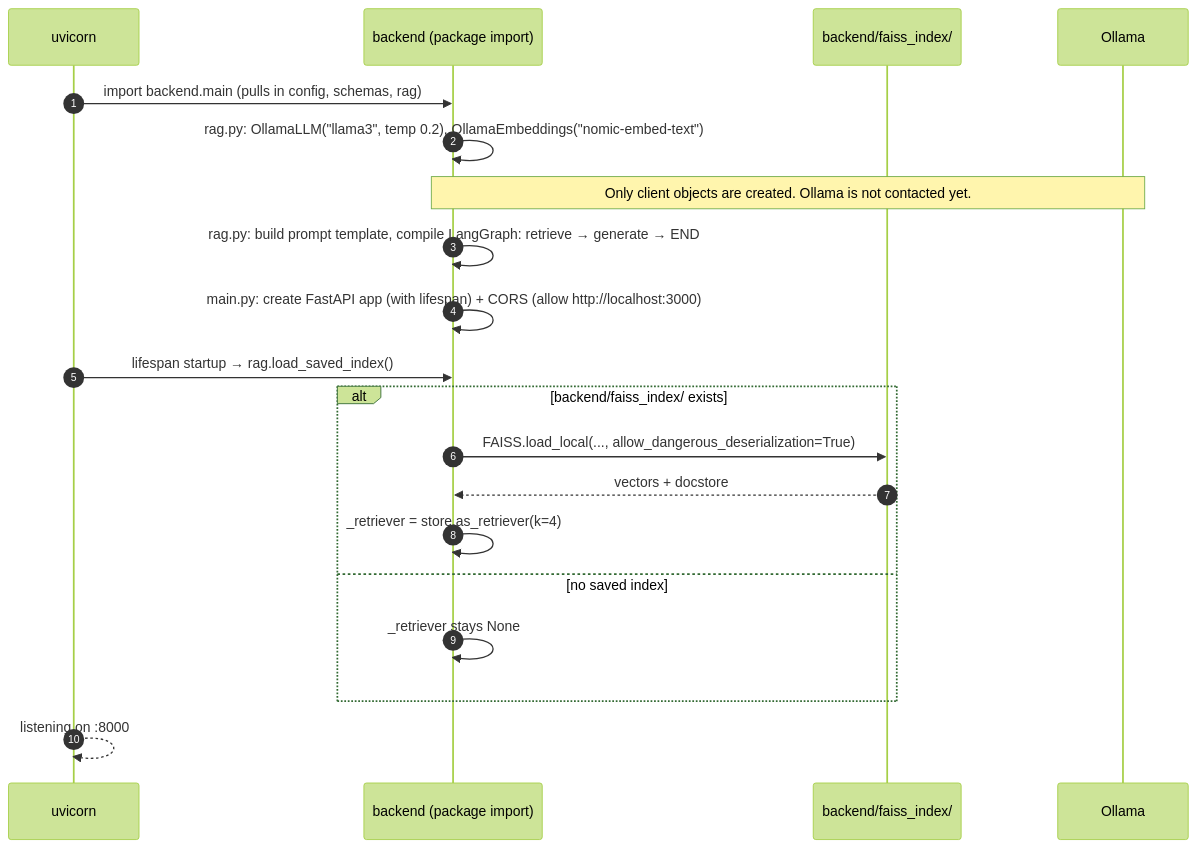
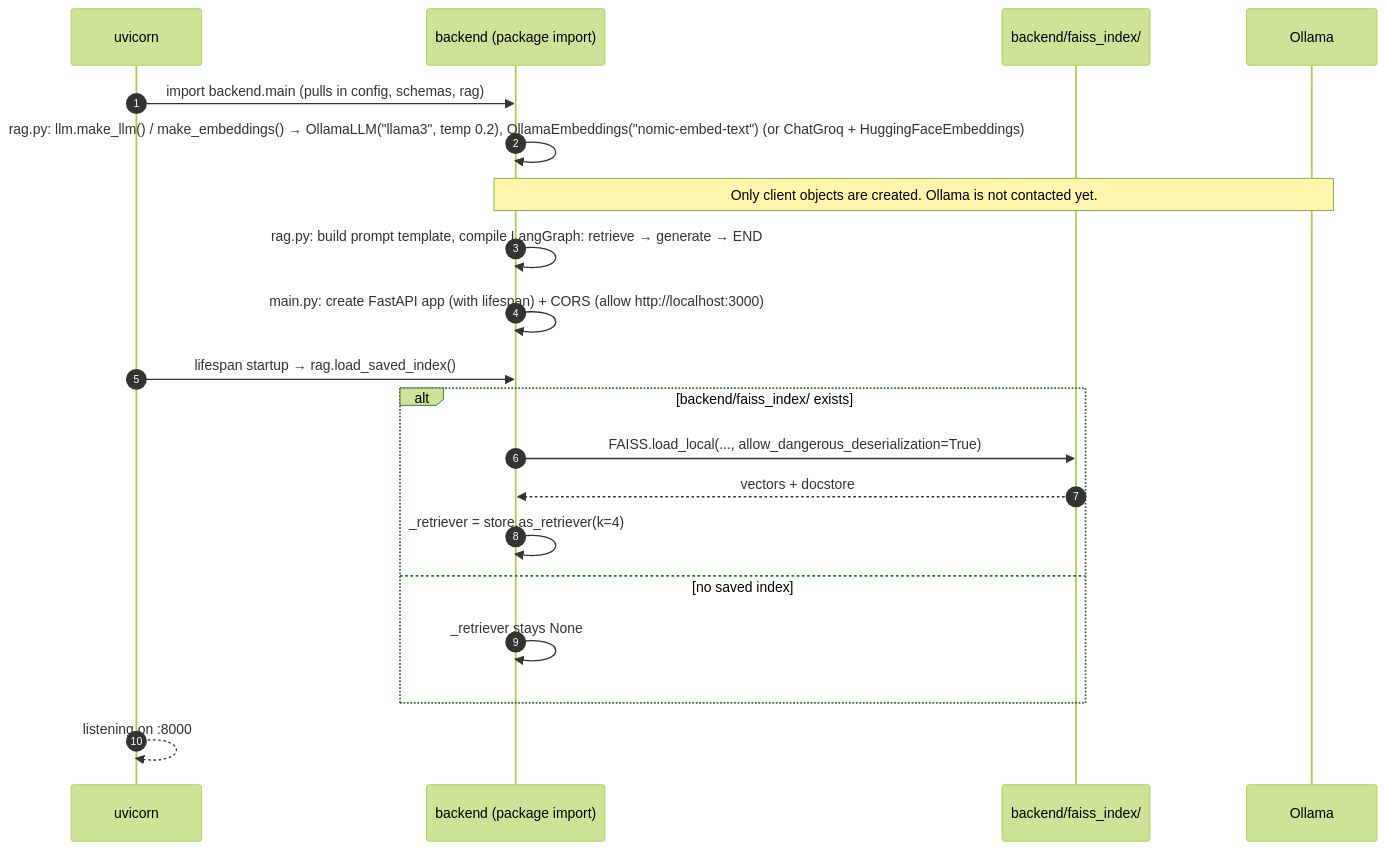
The second of 12 diagrams in docs/arch.md (devanshsingh24/ai-financial-research-tool), drawn with Mermaid (forest theme) before and after one commit. The commit also changed other lines of this file and 60 other files, not shown here.

````diff
--- a/docs/arch.md
+++ b/docs/arch.md
@@ -59,23 +59,23 @@
 ```mermaid
 sequenceDiagram
     autonumber
     participant U as uvicorn
     participant A as backend (package import)
     participant D as backend/faiss_index/
     participant O as Ollama
 
     U->>A: import backend.main (pulls in config, schemas, rag)
-    A->>A: rag.py: OllamaLLM("llama3", temp 0.2), OllamaEmbeddings("nomic-embed-text")
+    A->>A: rag.py: llm.make_llm() / make_embeddings() → OllamaLLM("llama3", temp 0.2), OllamaEmbeddings("nomic-embed-text") (or ChatGroq + HuggingFaceEmbeddings)
     Note over A,O: Only client objects are created. Ollama is not contacted yet.
     A->>A: rag.py: build prompt template, compile LangGraph: retrieve → generate → END
     A->>A: main.py: create FastAPI app (with lifespan) + CORS (allow http://localhost:3000)
     U->>A: lifespan startup → rag.load_saved_index()
     alt backend/faiss_index/ exists
         A->>D: FAISS.load_local(..., allow_dangerous_deserialization=True)
         D-->>A: vectors + docstore
         A->>A: _retriever = store.as_retriever(k=4)
     else no saved index
         A->>A: _retriever stays None
     end
     U-->>U: listening on :8000
 ```
````
